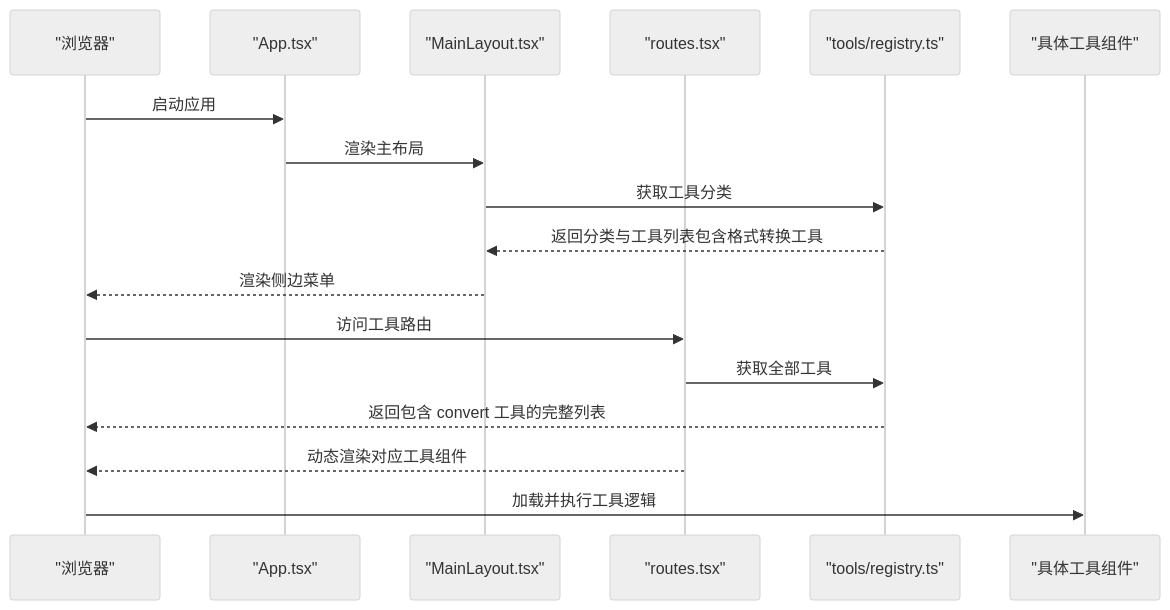
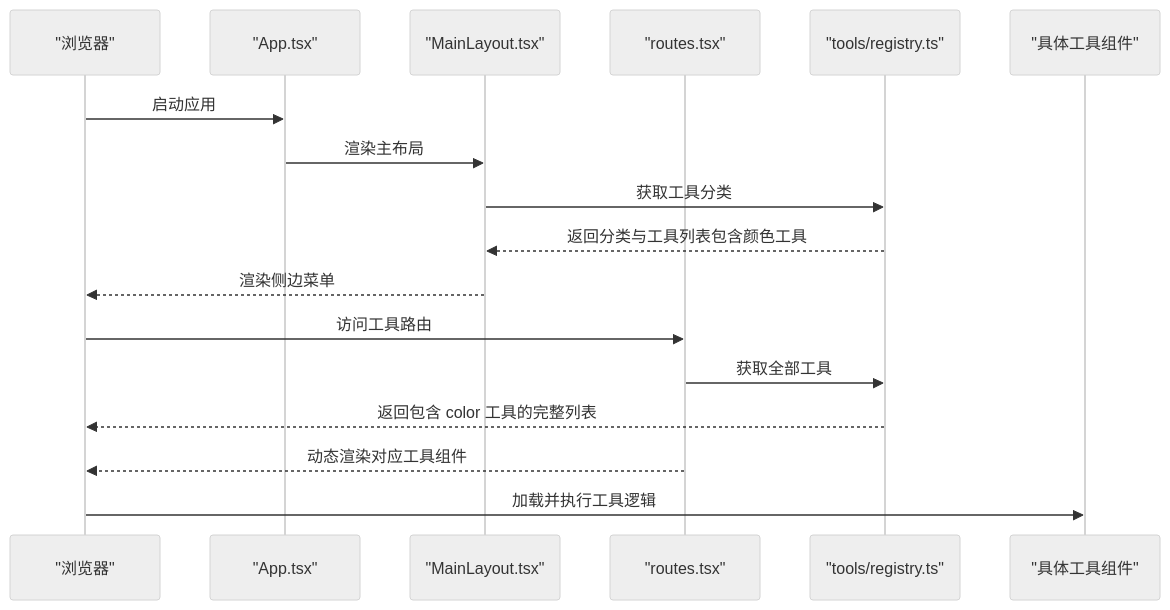
Before and after one commit to xkdaq/XKUtil: the second of 12 diagrams in .qoder/repowiki/zh/content/工具系统/工具系统.md, drawn with Mermaid (neutral theme). The commit also changed other lines of this file and 7 other files, not shown here.

````diff
--- a/.qoder/repowiki/zh/content/工具系统/工具系统.md
+++ b/.qoder/repowiki/zh/content/工具系统/工具系统.md
@@ -212,19 +223,19 @@
 ```mermaid
 sequenceDiagram
 participant Browser as "浏览器"
 participant App as "App.tsx"
 participant Layout as "MainLayout.tsx"
 participant Routes as "routes.tsx"
 participant Registry as "tools/registry.ts"
 participant Tool as "具体工具组件"
 Browser->>App : 启动应用
 App->>Layout : 渲染主布局
 Layout->>Registry : 获取工具分类
-Registry-->>Layout : 返回分类与工具列表包含格式转换工具
+Registry-->>Layout : 返回分类与工具列表包含颜色工具
 Layout-->>Browser : 渲染侧边菜单
 Browser->>Routes : 访问工具路由
 Routes->>Registry : 获取全部工具
-Registry-->>Browser : 返回包含 convert 工具的完整列表
+Registry-->>Browser : 返回包含 color 工具的完整列表
 Routes-->>Browser : 动态渲染对应工具组件
 Browser->>Tool : 加载并执行工具逻辑
 ```
````
